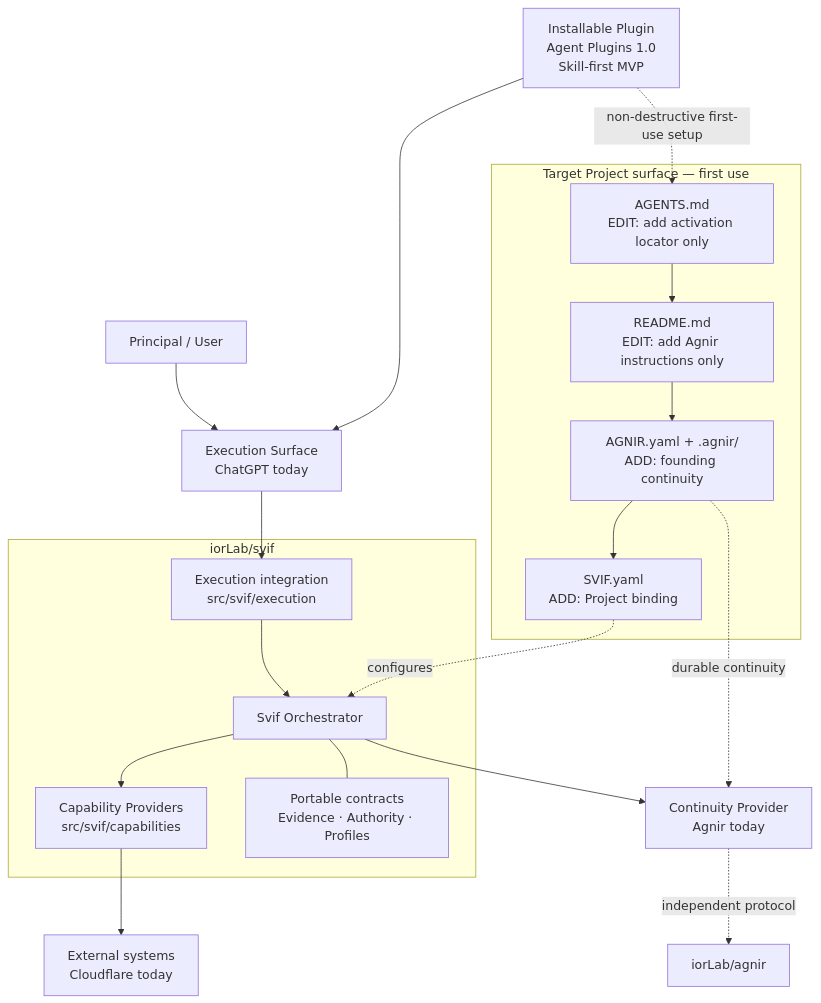
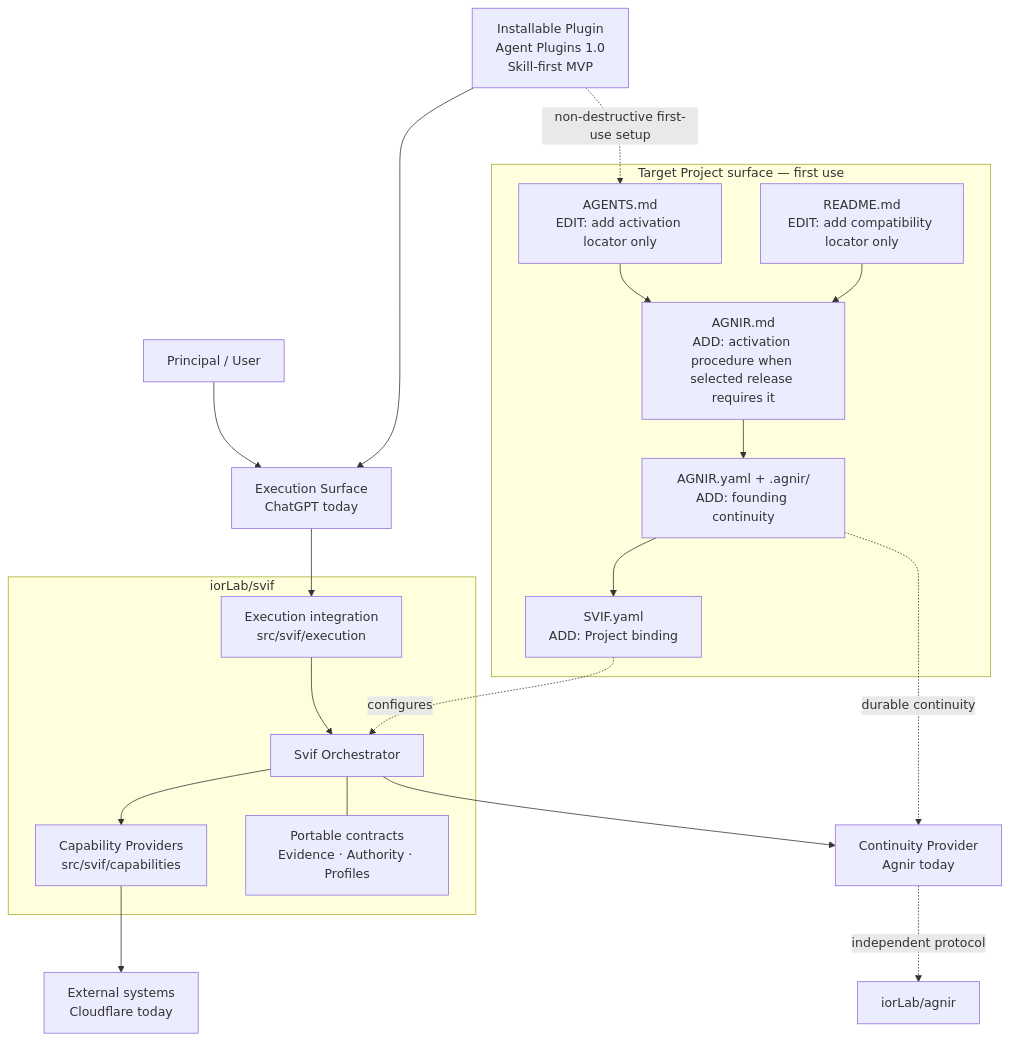
Before and after one commit to iorLab/svif: the first of 2 diagrams in README.md, drawn with Mermaid. The commit also changed other lines of this file and 11 other files, not shown here.

````diff
--- a/README.md
+++ b/README.md
@@ -83,32 +85,34 @@
 ```mermaid
 flowchart TB
     P["Principal / User"] --> E["Execution Surface<br/>ChatGPT today"]
     D["Installable Plugin<br/>Agent Plugins 1.0<br/>Skill-first MVP"] --> E
 
     subgraph T["Target Project surface — first use"]
         G["AGENTS.md<br/>EDIT: add activation locator only"]
-        H["README.md<br/>EDIT: add Agnir instructions only"]
+        H["README.md<br/>EDIT: add compatibility locator only"]
+        A0["AGNIR.md<br/>ADD: activation procedure when selected release requires it"]
         Q["AGNIR.yaml + .agnir/<br/>ADD: founding continuity"]
         B["SVIF.yaml<br/>ADD: Project binding"]
-        G --> H --> Q --> B
+        G --> A0 --> Q --> B
+        H --> A0
     end
 
     D -. "non-destructive first-use setup" .-> G
 
     subgraph S["iorLab/svif"]
         X["Execution integration<br/>src/svif/execution"]
         O["Svif Orchestrator"]
         K["Capability Providers<br/>src/svif/capabilities"]
         R["Portable contracts<br/>Evidence · Authority · Profiles"]
         X --> O
         O --> K
         O --- R
     end
 
     E --> X
     B -. "configures" .-> O
     Q -. "durable continuity" .-> C["Continuity Provider<br/>Agnir today"]
     O --> C
     K --> F["External systems<br/>Cloudflare today"]
     C -. "independent protocol" .-> A["iorLab/agnir"]
 ```
````
